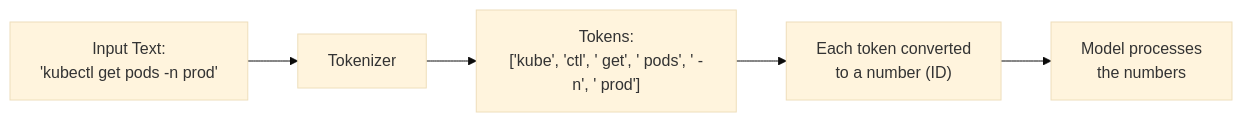
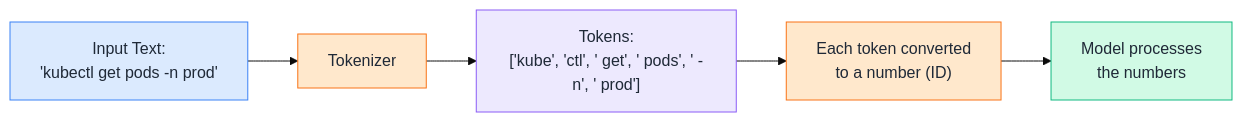
The first of 7 diagrams in Week 1 — LLM & GenAI Foundations/Day 2 — How LLMs Work.md (saghosh8/AI-For-DevOps), drawn with Mermaid (base theme) before and after one commit. The commit also changed other lines of this file, not shown here.

````diff
--- a/Week 1 — LLM & GenAI Foundations/Day 2 — How LLMs Work.md
+++ b/Week 1 — LLM & GenAI Foundations/Day 2 — How LLMs Work.md
@@ -9,7 +9,18 @@
 ```mermaid
 flowchart LR
     A["Input Text:\n'kubectl get pods -n prod'"] --> B["Tokenizer"]
     B --> C["Tokens:\n['kube', 'ctl', ' get', ' pods', ' -n', ' prod']"]
     C --> D["Each token converted\nto a number (ID)"]
     D --> E["Model processes\nthe numbers"]
+
+    classDef blue fill:#DBEAFE,stroke:#3B82F6,color:#1F2937
+    classDef orange fill:#FFE8CC,stroke:#F97316,color:#1F2937
+    classDef purple fill:#EDE9FE,stroke:#8B5CF6,color:#1F2937
+    classDef green fill:#D1FAE5,stroke:#10B981,color:#1F2937
+
+    class A blue
+    class B orange
+    class C purple
+    class D orange
+    class E green
 ```
````
